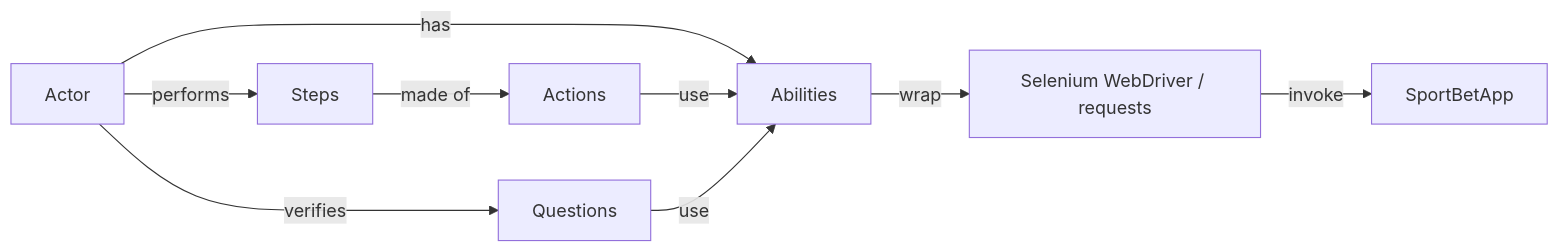
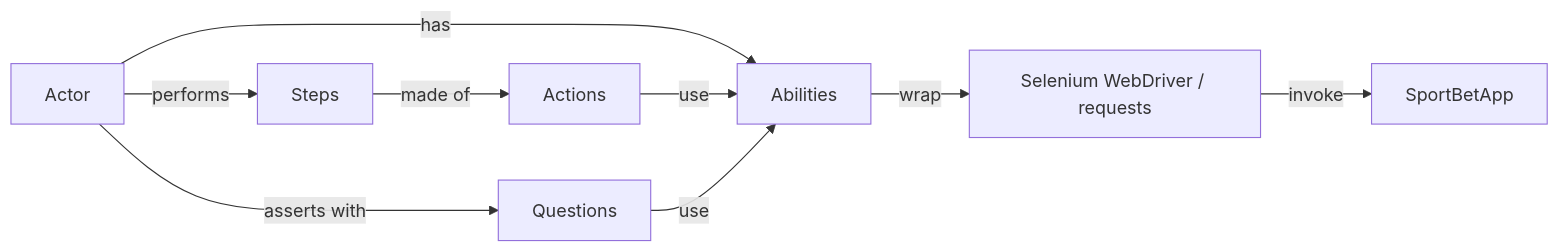
One commit to AlejandroAreiza/sporty-home-assignment changed the diagram in sportsbet-test-framework/README.md. Above: the diagram before and after it, drawn with Mermaid. The commit also changed other lines of this file and 14 other files, not shown here.

````diff
--- a/sportsbet-test-framework/README.md
+++ b/sportsbet-test-framework/README.md
@@ -54,11 +58,11 @@
 ```mermaid
 flowchart LR
     Actor -->|has| Abilities
     Actor -->|performs| Steps
-    Actor -->|verifies| Questions
+    Actor -->|asserts with| Questions
     Steps -->|made of| Actions
     Actions -->|use| Abilities
     Questions -->|use| Abilities
     Abilities -->|wrap| Tools["Selenium WebDriver / requests"]
     Tools["Selenium WebDriver / requests"] -->|invoke| SportBetApp
 ```
````
